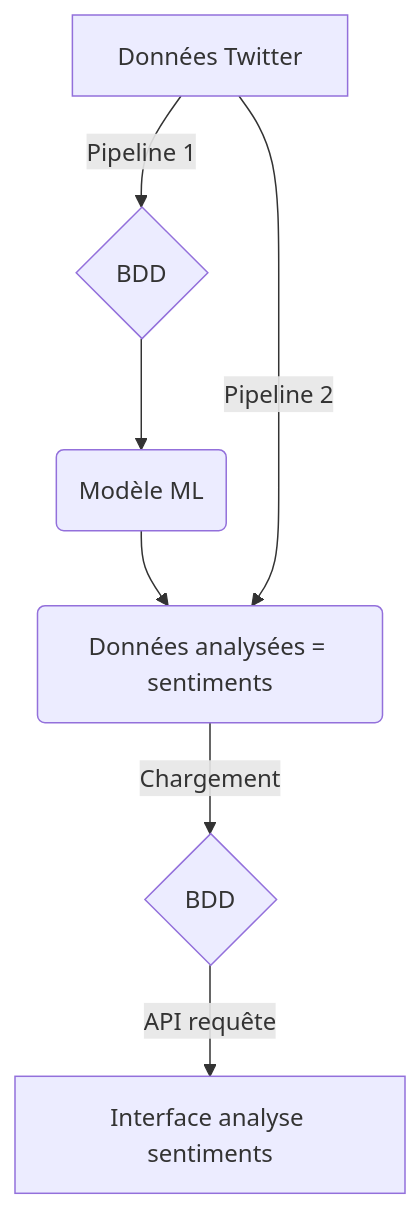
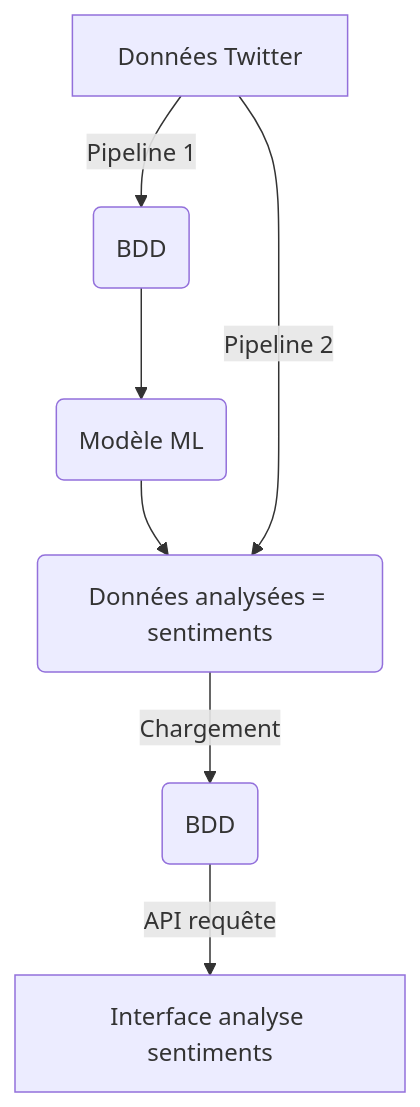
One commit to KyllianBeguin/M1-projet_etudes changed the diagram in conception/schema-architecture-v0.md. Above: the diagram before and after it, drawn with Mermaid.

Commit message:
[Test 💩] Changed BDD box

````diff
--- a/conception/schema-architecture-v0.md
+++ b/conception/schema-architecture-v0.md
@@ -1,9 +1,9 @@
 ```mermaid
 flowchart TD
-    A[Données Twitter] -->|Pipeline 1| B{BDD}
+    A[Données Twitter] -->|Pipeline 1| B(BDD)
     B --> C(Modèle ML)
     C --> I(Données analysées = sentiments)
-    I --> |Chargement| J{BDD}
+    I --> |Chargement| J(BDD)
     A --> |Pipeline 2| I
     J -->|API requête| D[Interface analyse sentiments]
 ```  
````
